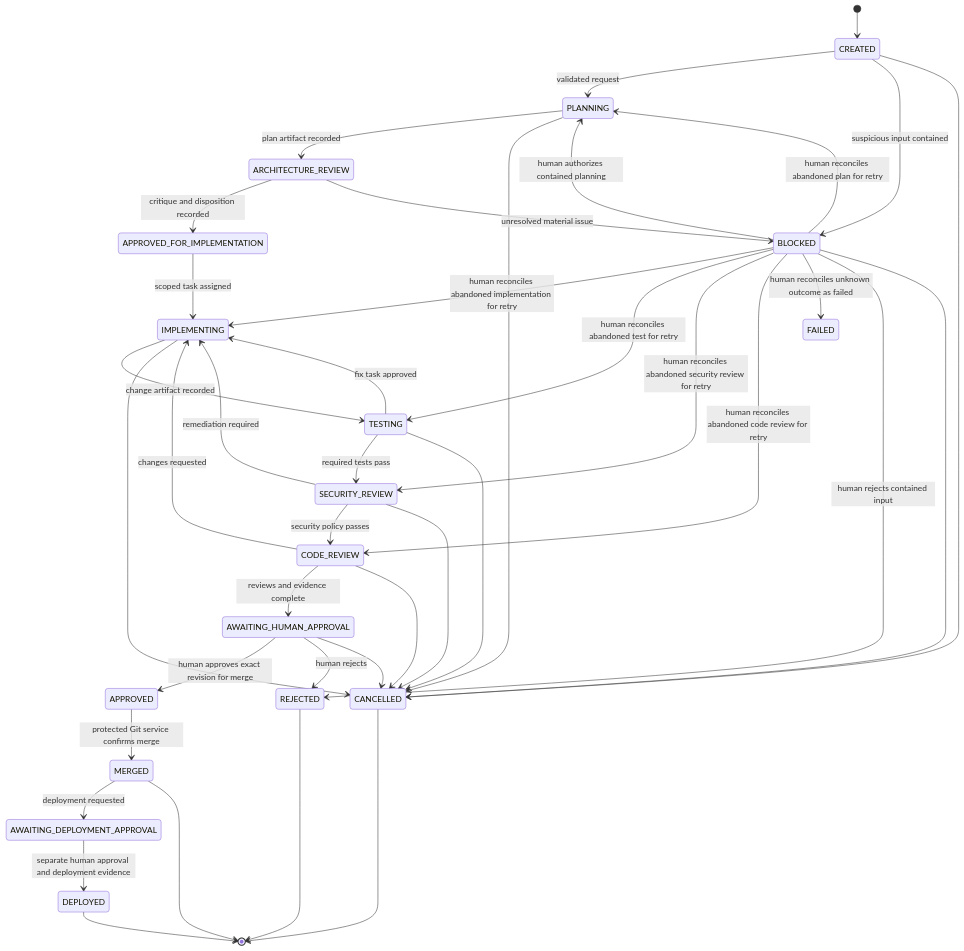
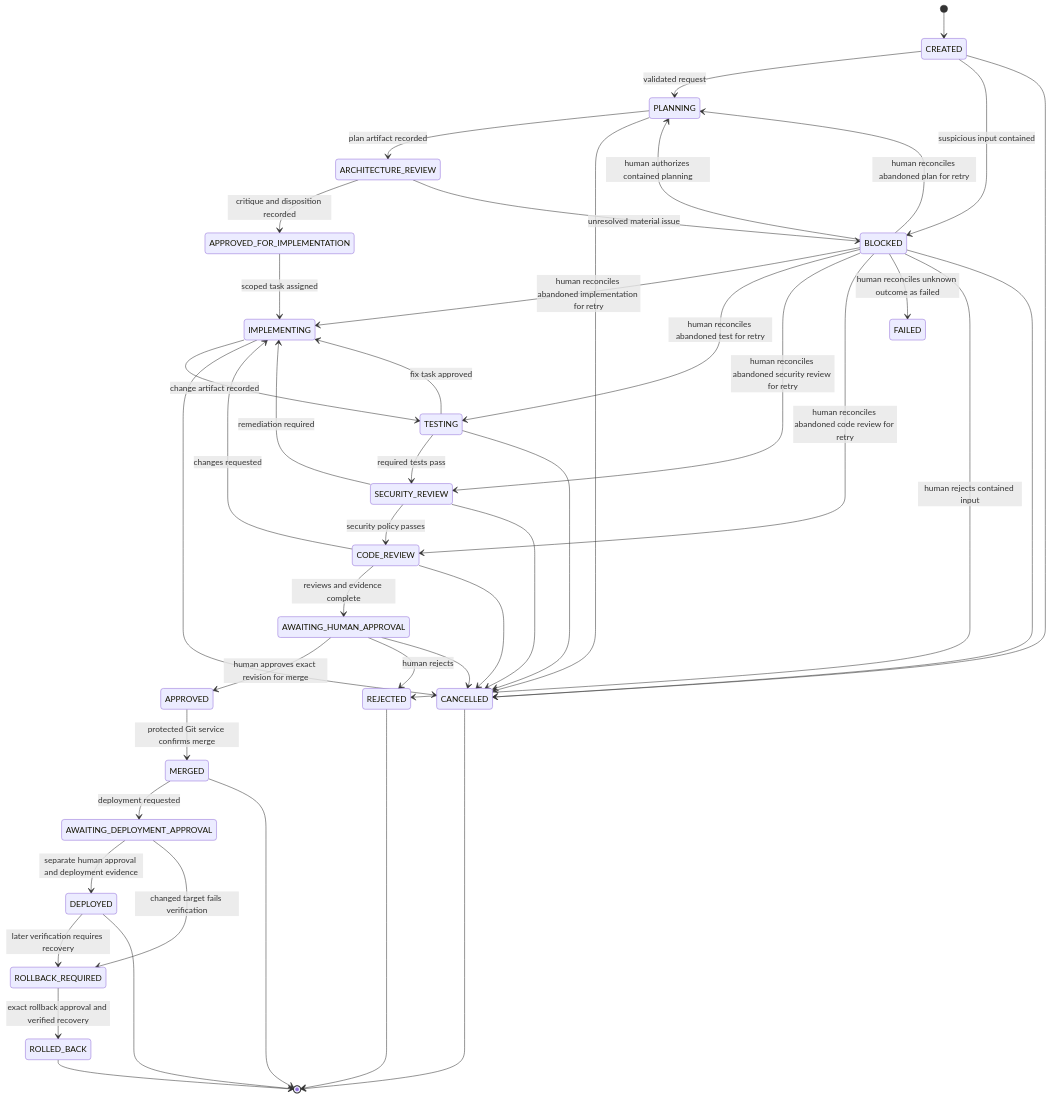
The diagram in docs/workflow.md (triceharvey/Eldridge), drawn with Mermaid before and after one commit. The commit also changed other lines of this file and 9 other files, not shown here.

````diff
--- a/docs/workflow.md
+++ b/docs/workflow.md
@@ -9,42 +9,46 @@
 ```mermaid
 stateDiagram-v2
     [*] --> CREATED
     CREATED --> PLANNING: validated request
     CREATED --> BLOCKED: suspicious input contained
     BLOCKED --> PLANNING: human authorizes contained planning
     BLOCKED --> PLANNING: human reconciles abandoned plan for retry
     BLOCKED --> IMPLEMENTING: human reconciles abandoned implementation for retry
     BLOCKED --> TESTING: human reconciles abandoned test for retry
     BLOCKED --> SECURITY_REVIEW: human reconciles abandoned security review for retry
     BLOCKED --> CODE_REVIEW: human reconciles abandoned code review for retry
     BLOCKED --> FAILED: human reconciles unknown outcome as failed
     BLOCKED --> REJECTED: human rejects contained input
     PLANNING --> ARCHITECTURE_REVIEW: plan artifact recorded
     ARCHITECTURE_REVIEW --> APPROVED_FOR_IMPLEMENTATION: critique and disposition recorded
     ARCHITECTURE_REVIEW --> BLOCKED: unresolved material issue
     APPROVED_FOR_IMPLEMENTATION --> IMPLEMENTING: scoped task assigned
     IMPLEMENTING --> TESTING: change artifact recorded
     TESTING --> SECURITY_REVIEW: required tests pass
     TESTING --> IMPLEMENTING: fix task approved
     SECURITY_REVIEW --> CODE_REVIEW: security policy passes
     SECURITY_REVIEW --> IMPLEMENTING: remediation required
     CODE_REVIEW --> AWAITING_HUMAN_APPROVAL: reviews and evidence complete
     CODE_REVIEW --> IMPLEMENTING: changes requested
     AWAITING_HUMAN_APPROVAL --> APPROVED: human approves exact revision for merge
     AWAITING_HUMAN_APPROVAL --> REJECTED: human rejects
     APPROVED --> MERGED: protected Git service confirms merge
     MERGED --> AWAITING_DEPLOYMENT_APPROVAL: deployment requested
     AWAITING_DEPLOYMENT_APPROVAL --> DEPLOYED: separate human approval and deployment evidence
+    AWAITING_DEPLOYMENT_APPROVAL --> ROLLBACK_REQUIRED: changed target fails verification
+    DEPLOYED --> ROLLBACK_REQUIRED: later verification requires recovery
+    ROLLBACK_REQUIRED --> ROLLED_BACK: exact rollback approval and verified recovery
     CREATED --> CANCELLED
     PLANNING --> CANCELLED
     BLOCKED --> CANCELLED
     IMPLEMENTING --> CANCELLED
     TESTING --> CANCELLED
     SECURITY_REVIEW --> CANCELLED
     CODE_REVIEW --> CANCELLED
     AWAITING_HUMAN_APPROVAL --> CANCELLED
     MERGED --> [*]
     DEPLOYED --> [*]
+    ROLLED_BACK --> [*]
     REJECTED --> [*]
     CANCELLED --> [*]
 ```
````
